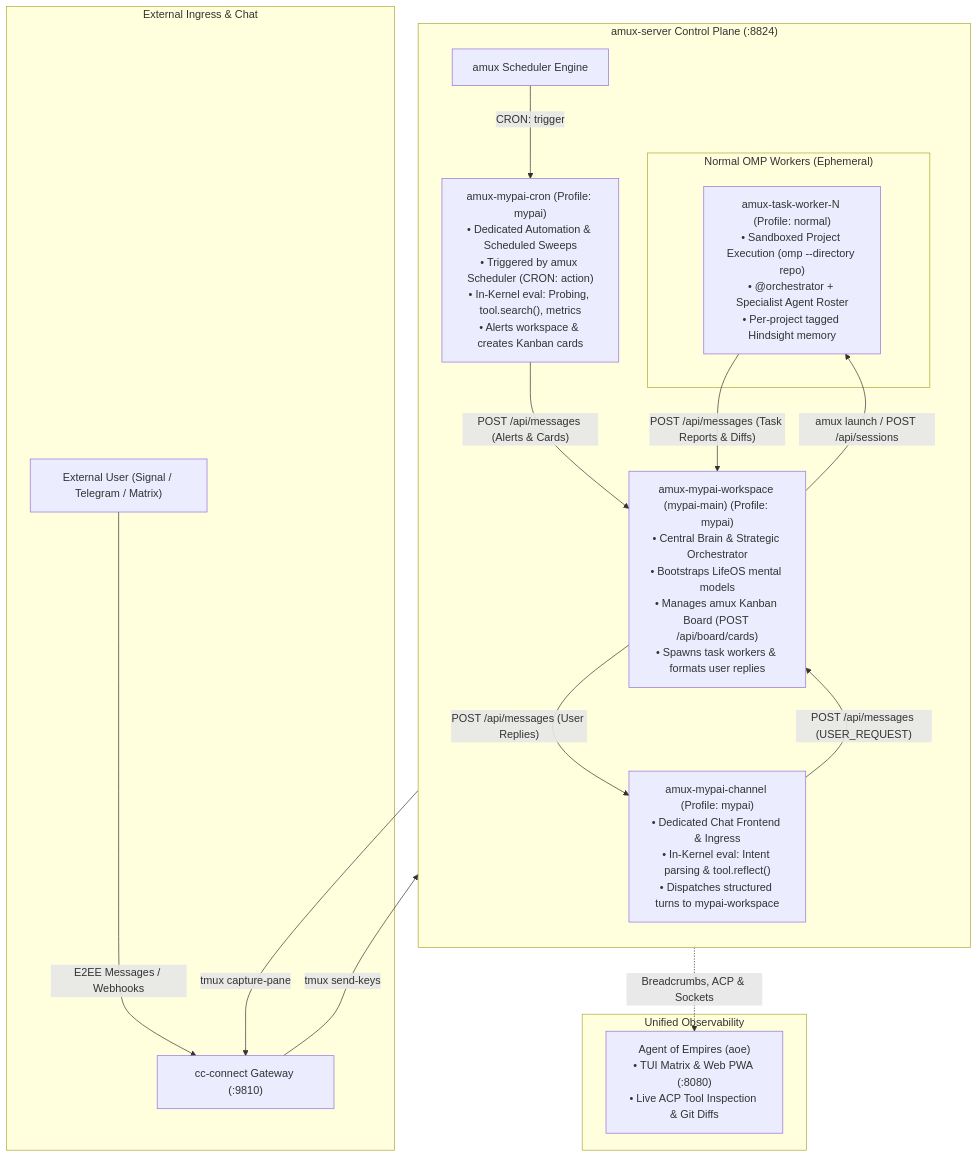
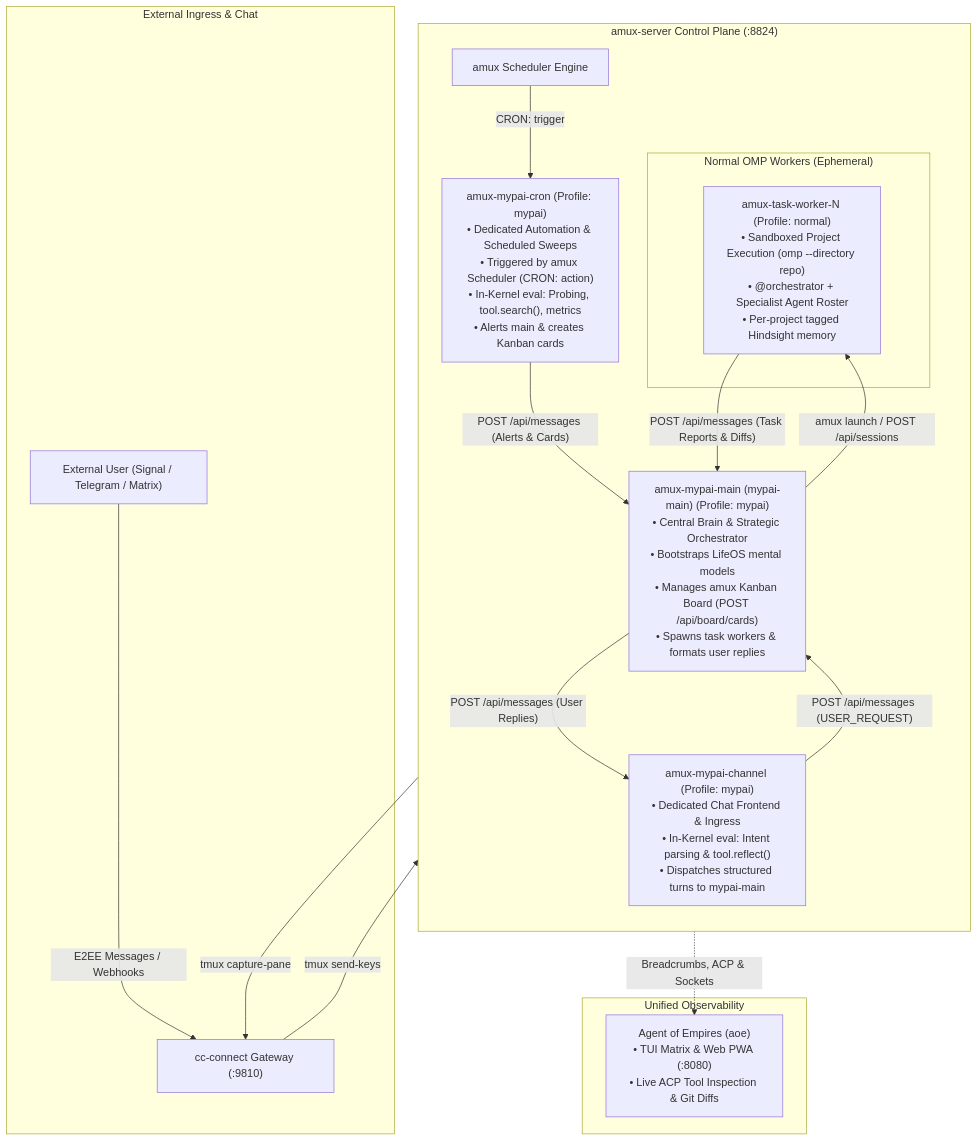
The first of 2 diagrams in references/mypai-spec.md (wuxxin/mypai), drawn with Mermaid before and after one commit. The commit also changed other lines of this file and 13 other files, not shown here.

First line of the commit message:
refactor(mesh): rename mypai-workspace to mypai-main across configs, agents, and documentation

````diff
--- a/references/mypai-spec.md
+++ b/references/mypai-spec.md
@@ -14,41 +14,41 @@
 ```mermaid
 flowchart TD
     subgraph External["External Ingress & Chat"]
         User["External User (Signal / Telegram / Matrix)"]
         CC["cc-connect Gateway (:9810)"]
         User -->|"E2EE Messages / Webhooks"| CC
     end
 
     subgraph AmuxPlane["amux-server Control Plane (:8824)"]
         direction TB
         
-        Chan["amux-mypai-channel (Profile: mypai)<br/>• Dedicated Chat Frontend & Ingress<br/>• In-Kernel eval: Intent parsing & tool.reflect()<br/>• Dispatches structured turns to mypai-workspace"]
+        Chan["amux-mypai-channel (Profile: mypai)<br/>• Dedicated Chat Frontend & Ingress<br/>• In-Kernel eval: Intent parsing & tool.reflect()<br/>• Dispatches structured turns to mypai-main"]
         
-        Work["amux-mypai-workspace (mypai-main) (Profile: mypai)<br/>• Central Brain & Strategic Orchestrator<br/>• Bootstraps LifeOS mental models<br/>• Manages amux Kanban Board (POST /api/board/cards)<br/>• Spawns task workers & formats user replies"]
+        Work["amux-mypai-main (mypai-main) (Profile: mypai)<br/>• Central Brain & Strategic Orchestrator<br/>• Bootstraps LifeOS mental models<br/>• Manages amux Kanban Board (POST /api/board/cards)<br/>• Spawns task workers & formats user replies"]
         
-        Cron["amux-mypai-cron (Profile: mypai)<br/>• Dedicated Automation & Scheduled Sweeps<br/>• Triggered by amux Scheduler (CRON: action)<br/>• In-Kernel eval: Probing, tool.search(), metrics<br/>• Alerts workspace & creates Kanban cards"]
+        Cron["amux-mypai-cron (Profile: mypai)<br/>• Dedicated Automation & Scheduled Sweeps<br/>• Triggered by amux Scheduler (CRON: action)<br/>• In-Kernel eval: Probing, tool.search(), metrics<br/>• Alerts main & creates Kanban cards"]
         
         Sched["amux Scheduler Engine"]
         Sched -->|"CRON: trigger"| Cron
         
         Chan -->|"POST /api/messages (USER_REQUEST)"| Work
         Work -->|"POST /api/messages (User Replies)"| Chan
         Cron -->|"POST /api/messages (Alerts & Cards)"| Work
         
         subgraph Workers["Normal OMP Workers (Ephemeral)"]
             TaskW["amux-task-worker-N (Profile: normal)<br/>• Sandboxed Project Execution (omp --directory repo)<br/>• @orchestrator + Specialist Agent Roster<br/>• Per-project tagged Hindsight memory"]
         end
         
         Work -->|"amux launch / POST /api/sessions"| TaskW
         TaskW -->|"POST /api/messages (Task Reports & Diffs)"| Work
     end
 
     CC -->|"tmux send-keys"| Chan
     Chan -->|"tmux capture-pane"| CC
 
     subgraph Observability["Unified Observability"]
         AOE["Agent of Empires (aoe)<br/>• TUI Matrix & Web PWA (:8080)<br/>• Live ACP Tool Inspection & Git Diffs"]
     end
 
     AmuxPlane -.->|"Breadcrumbs, ACP & Sockets"| AOE
 ```
````
